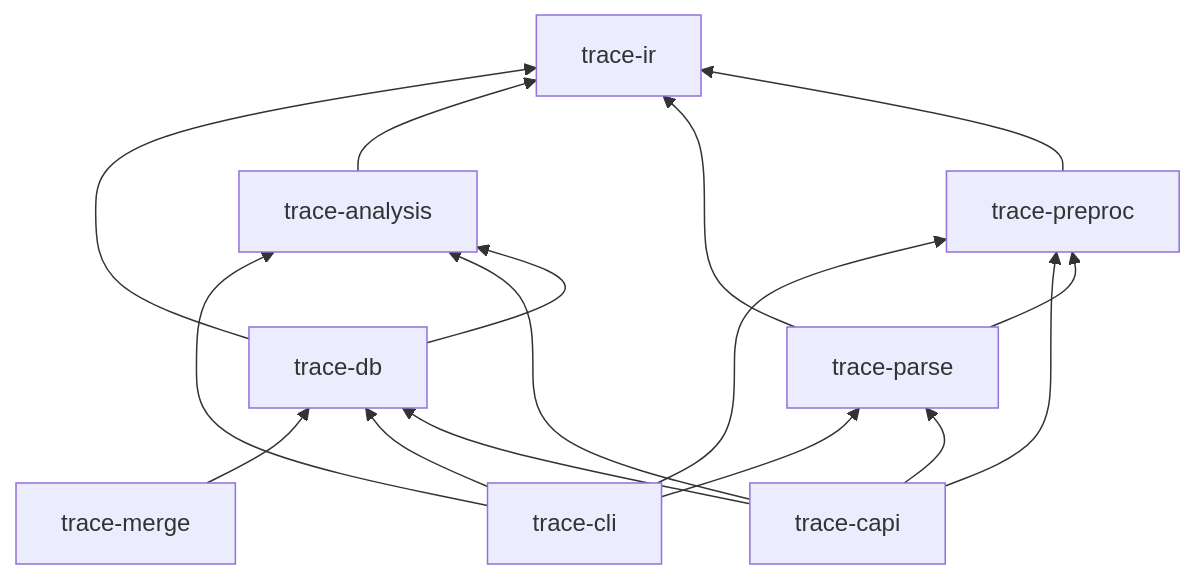
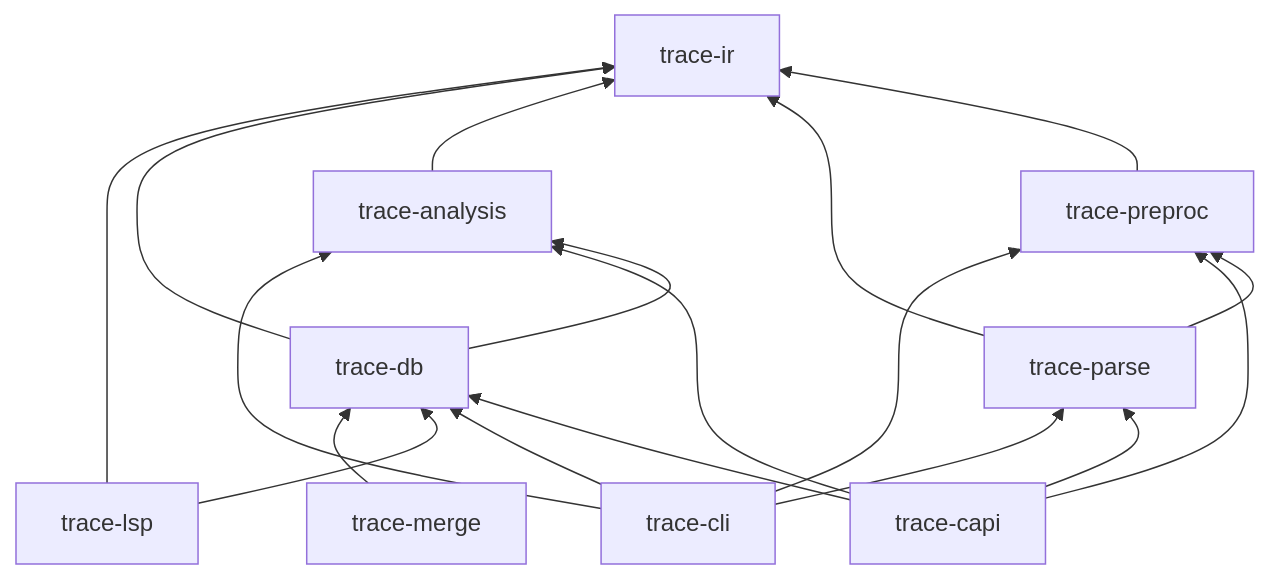
Before and after one commit to Last-Humans-Coding-Under-White-Nights/pathologist: the second of 3 diagrams in docs/ARCHITECTURE.md, drawn with Mermaid. The commit also changed other lines of this file and 17 other files, not shown here.

````diff
--- a/docs/ARCHITECTURE.md
+++ b/docs/ARCHITECTURE.md
@@ -51,27 +51,30 @@
 ```mermaid
 flowchart BT
   Merge[trace-merge]
+  LSP[trace-lsp]
   CLI[trace-cli]
   CAPI[trace-capi]
   DB[trace-db]
   Analysis[trace-analysis]
   Parse[trace-parse]
   Preproc[trace-preproc]
   IR[trace-ir]
 
   Merge --> DB
+  LSP --> DB
+  LSP --> IR
   CLI --> DB
   CLI --> Analysis
   CLI --> Parse
   CLI --> Preproc
   CAPI --> DB
   CAPI --> Analysis
   CAPI --> Parse
   CAPI --> Preproc
   DB --> Analysis
   DB --> IR
   Analysis --> IR
   Parse --> Preproc
   Parse --> IR
   Preproc --> IR
 ```
````
